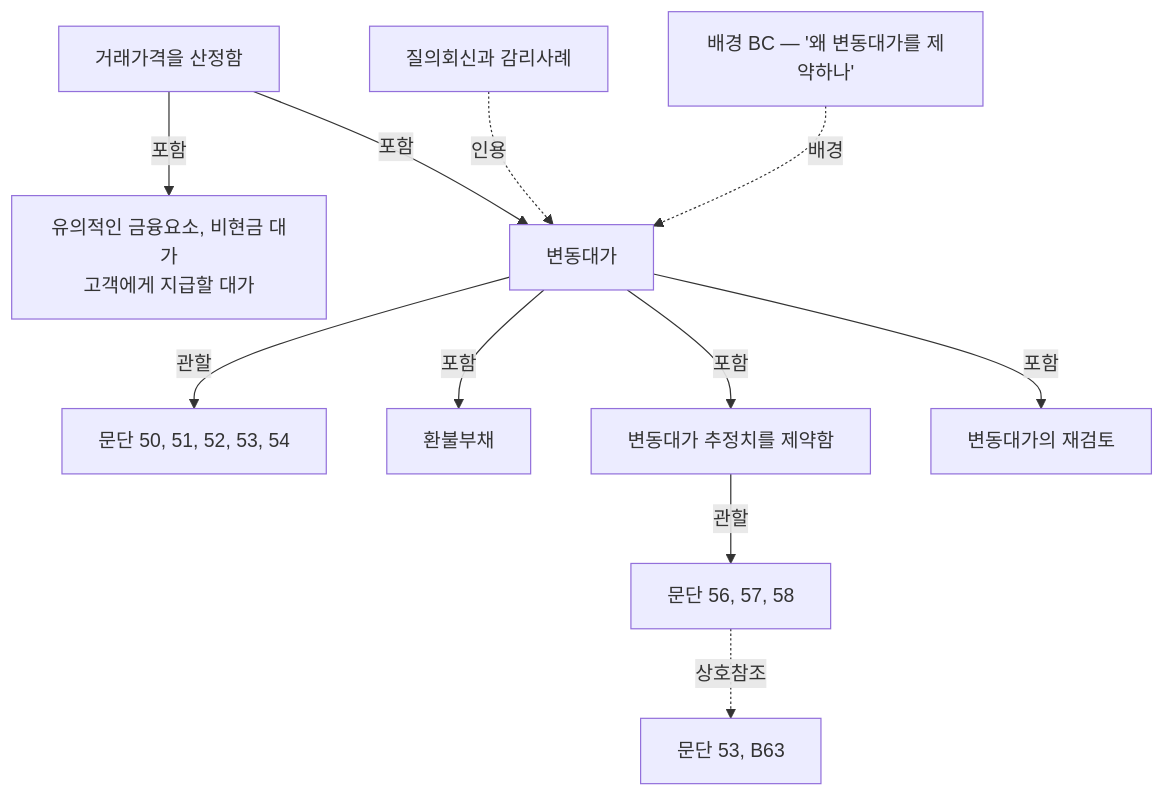
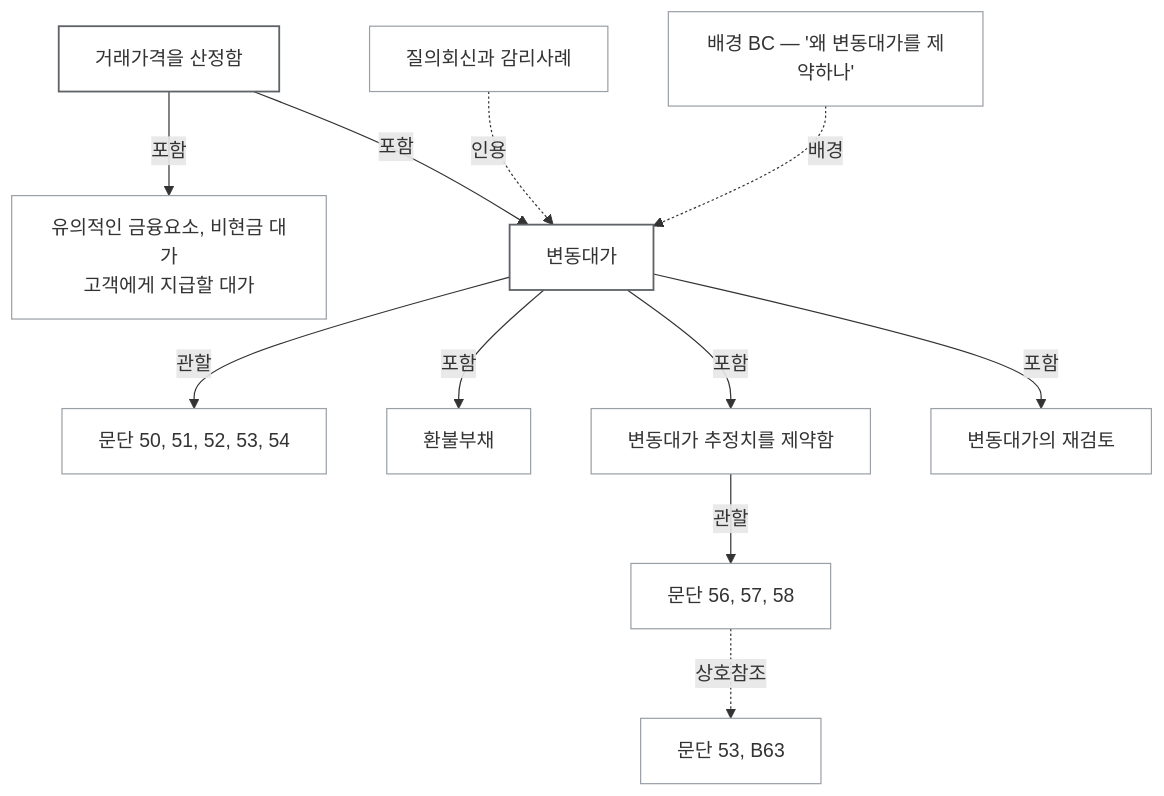
Before and after one commit to ghdtjrgns321-creator/k-ifrs-1115: the fourth of 4 diagrams in README.md, drawn with Mermaid. The commit also changed other lines of this file, not shown here.

Commit message:
docs(readme): 머메이드 다이어그램 3종 스타일 통일

````diff
--- a/README.md
+++ b/README.md
@@ -326,16 +336,21 @@
 ```mermaid
-graph TD
+flowchart TD
     P["거래가격을 산정함"]
     B["유의적인 금융요소, 비현금 대가<br/>고객에게 지급할 대가"]
     V["변동대가"]
     P -->|포함| V
     P -->|포함| B
     V -->|관할| VP["문단 50, 51, 52, 53, 54"]
     V -->|포함| C1["환불부채"]
     V -->|포함| C2["변동대가 추정치를 제약함"]
     V -->|포함| C3["변동대가의 재검토"]
     C2 -->|관할| CP["문단 56, 57, 58"]
     CP -.->|상호참조| X["문단 53, B63"]
     S["질의회신과 감리사례"] -.->|인용| V
     BC["배경 BC — '왜 변동대가를 제약하나'"] -.->|배경| V
+
+    classDef step fill:none,stroke:#9aa0a6,stroke-width:1px
+    classDef port fill:none,stroke:#5f6368,stroke-width:1.5px
+    class B,VP,C1,C2,C3,CP,X,S,BC step
+    class P,V port
 ```
````
